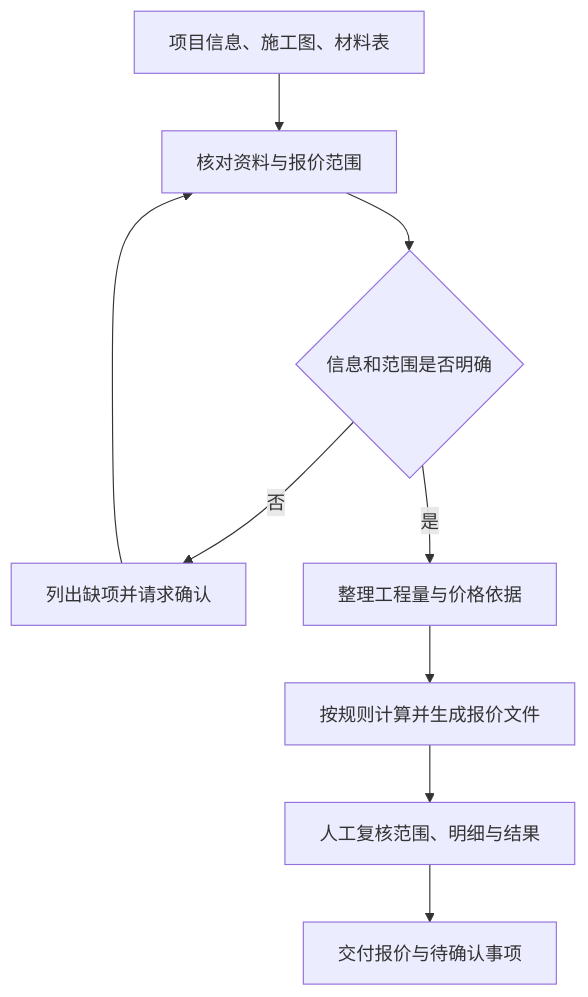
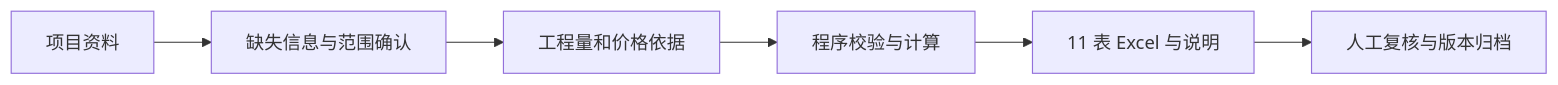
Before and after one commit to tintin-dingyu/ai-construction-quotation-case: the diagram in README.md, drawn with Mermaid. The commit also changed other lines of this file and 1 other file, not shown here.

````diff
--- a/README.md
+++ b/README.md
@@ -39,11 +24,8 @@
 ```mermaid
-flowchart TD
-    A[项目信息、施工图、材料表] --> B[核对资料与报价范围]
-    B --> C{信息和范围是否明确}
-    C -- 否 --> D[列出缺项并请求确认]
-    D --> B
-    C -- 是 --> E[整理工程量与价格依据]
-    E --> F[按规则计算并生成报价文件]
-    F --> G[人工复核范围、明细与结果]
-    G --> H[交付报价与待确认事项]
+flowchart LR
+  A[项目资料] --> B[缺失信息与范围确认]
+  B --> C[工程量和价格依据]
+  C --> D[程序校验与计算]
+  D --> E[11 表 Excel 与说明]
+  E --> F[人工复核与版本归档]
 ```
````
